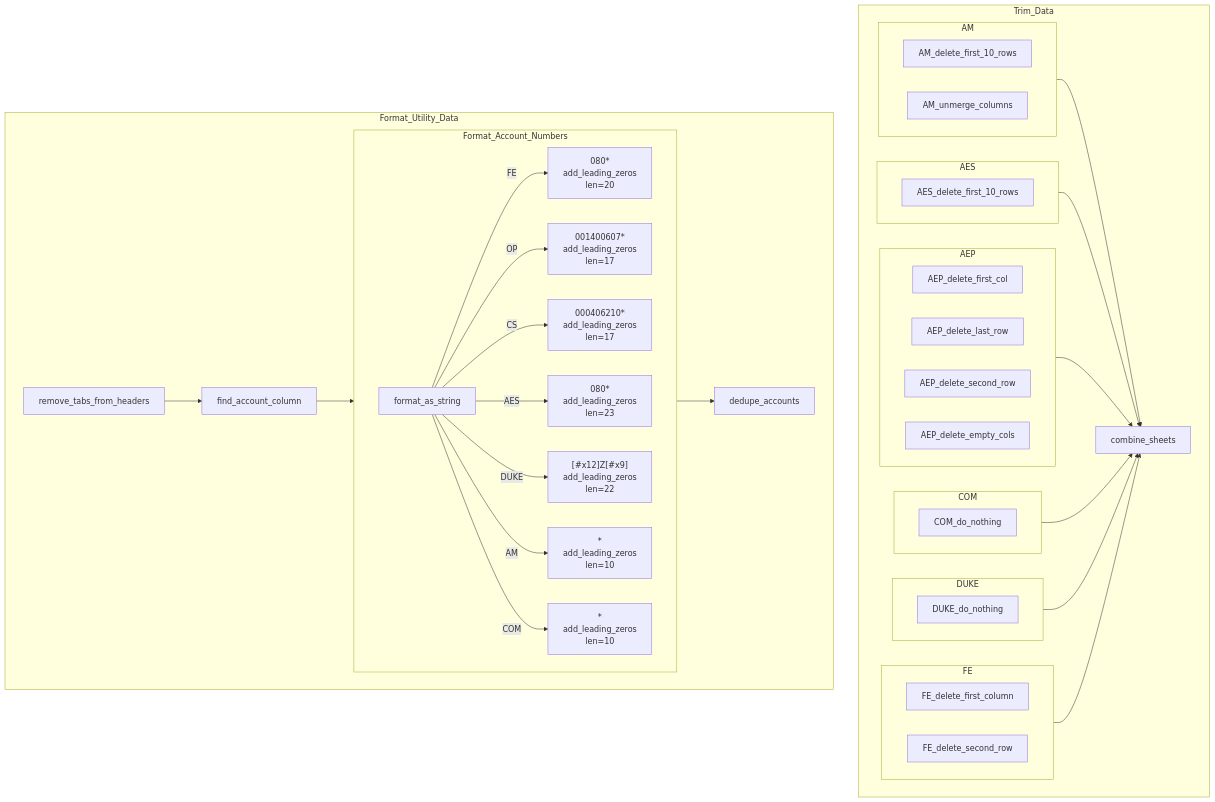
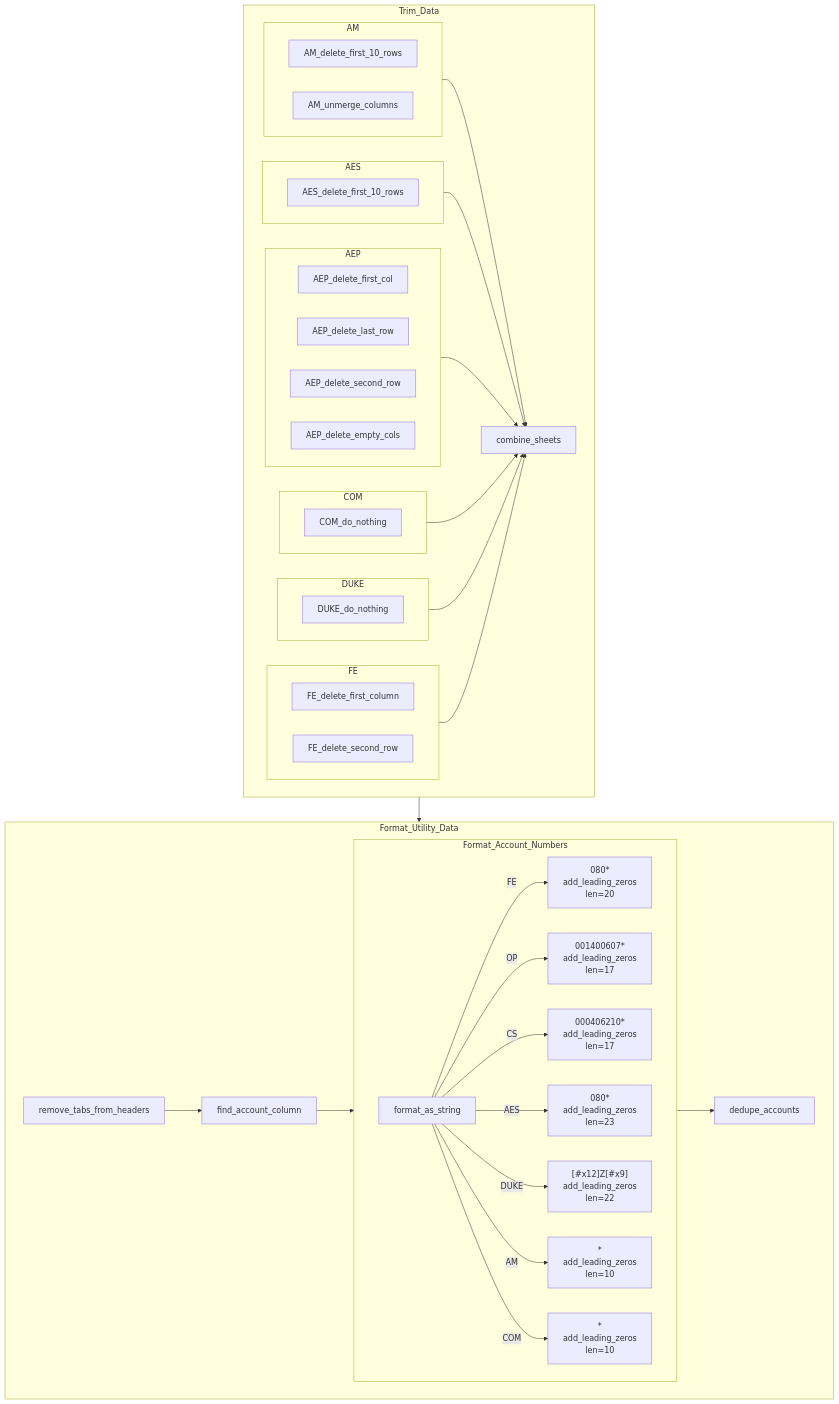
The third of 3 diagrams in DIAGRAMS.md (vistra-muniagg/List-Management-Tool), drawn with Mermaid before and after one commit.

Commit message:
Add Trim_Data to flow diagram

````diff
--- a/DIAGRAMS.md
+++ b/DIAGRAMS.md
@@ -72,69 +72,70 @@
 ```mermaid
 
 graph TD
 
     subgraph Trim_Data
     direction LR
         AM-->combine_sheets
         AES-->combine_sheets
         AEP-->combine_sheets
         COM-->combine_sheets
         DUKE-->combine_sheets
         FE-->combine_sheets
     end
 
     subgraph AEP
     direction LR
         AEP_delete_first_col
         AEP_delete_last_row
         AEP_delete_second_row
         AEP_delete_empty_cols
     end
 
     subgraph AES
     direction LR
         AES_delete_first_10_rows
     end
 
     subgraph AM
     direction LR
         AM_delete_first_10_rows
         AM_unmerge_columns
     end
 
     subgraph COM
     direction LR
         COM_do_nothing
     end
 
     subgraph DUKE
     direction LR
         DUKE_do_nothing
     end
 
     subgraph FE
     direction LR
         FE_delete_first_column
         FE_delete_second_row
     end
 
     subgraph Format_Utility_Data
     direction LR
         remove_tabs_from_headers --> find_account_column
         Format_Account_Numbers --> dedupe_accounts
     end
 
     subgraph Format_Account_Numbers
     direction LR
         format_as_string -->|"FE"| A["080*<br>add_leading_zeros<br>len=20"]
         format_as_string -->|"OP"| B["001400607*<br>add_leading_zeros<br>len=17"]
         format_as_string -->|"CS"| C["000406210*<br>add_leading_zeros<br>len=17"]
         format_as_string -->|"AES"| D["080*<br>add_leading_zeros<br>len=23"]
         format_as_string -->|"DUKE"| E["[#x12]Z[#x9]<br>add_leading_zeros<br>len=22"]
         format_as_string -->|"AM"| F["*<br>add_leading_zeros<br>len=10"]
         format_as_string -->|"COM"| G["*<br>add_leading_zeros<br>len=10"]
     end
 
+    Trim_Data --> Format_Utility_Data
     find_account_column --> format_as_string
 
 ```
````
